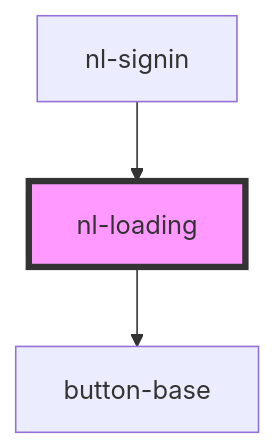
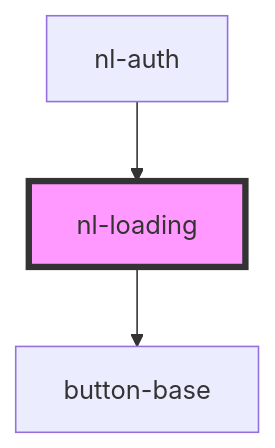
The diagram in packages/components/src/components/nl-loading/readme.md (nostrband/nostr-login), drawn with Mermaid before and after one commit. The commit also changed other lines of this file and 17 other files, not shown here.

````diff
--- a/packages/components/src/components/nl-loading/readme.md
+++ b/packages/components/src/components/nl-loading/readme.md
@@ -26,6 +27,6 @@
 ```mermaid
 graph TD;
   nl-loading --> button-base
-  nl-signin --> nl-loading
+  nl-auth --> nl-loading
   style nl-loading fill:#f9f,stroke:#333,stroke-width:4px
 ```
````
